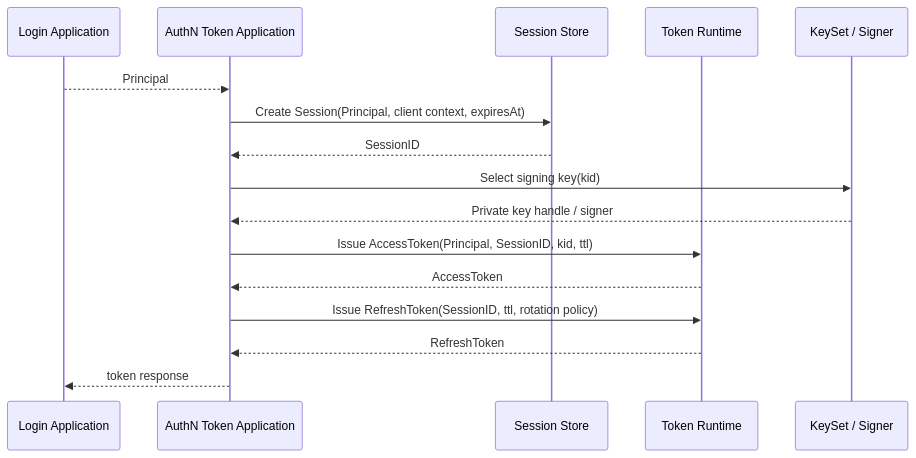
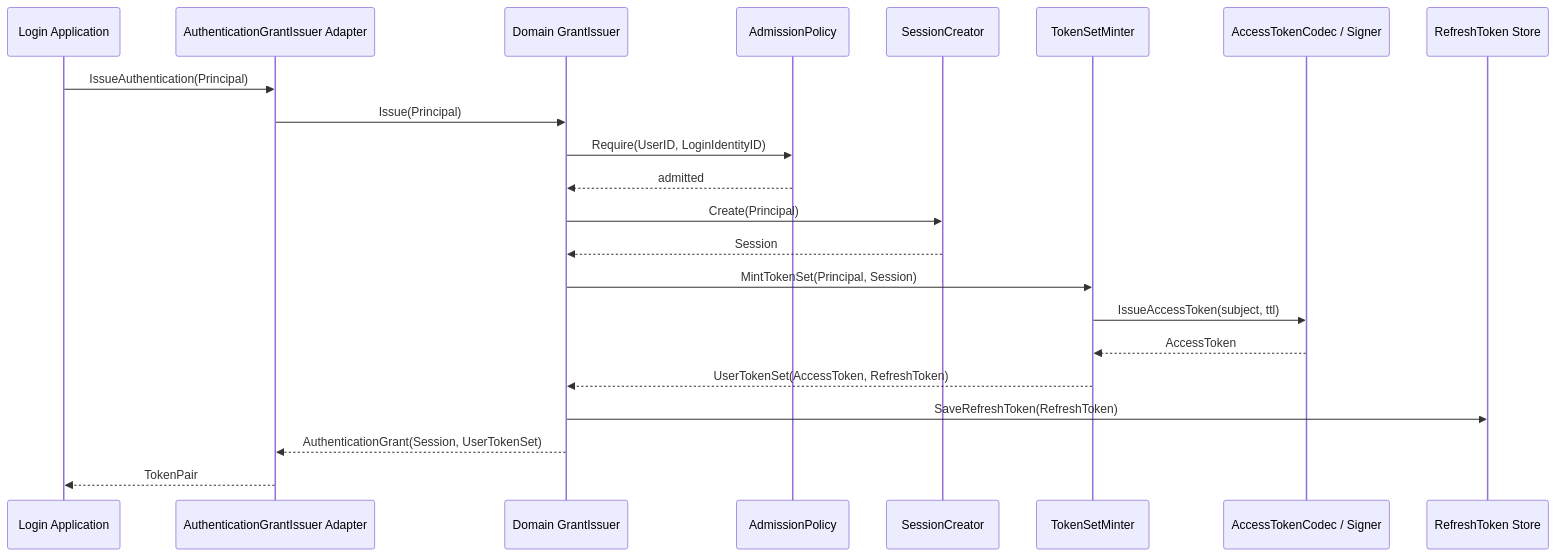
The second of 9 diagrams in docs/02-业务模块/02-AuthN/05-关键链路-Token签发刷新吊销.md (FangcunMount/iam), drawn with Mermaid before and after one commit. The commit also changed other lines of this file and 61 other files, not shown here.

Commit message:
refactor(authn): centralize authentication grant issuance

````diff
--- a/docs/02-业务模块/02-AuthN/05-关键链路-Token签发刷新吊销.md
+++ b/docs/02-业务模块/02-AuthN/05-关键链路-Token签发刷新吊销.md
@@ -194,19 +209,25 @@
 ```mermaid
 sequenceDiagram
     participant Login as Login Application
-    participant A as AuthN Token Application
-    participant SS as Session Store
-    participant TR as Token Runtime
-    participant KS as KeySet / Signer
+    participant A as AuthenticationGrantIssuer Adapter
+    participant G as Domain GrantIssuer
+    participant AP as AdmissionPolicy
+    participant SC as SessionCreator
+    participant TM as TokenSetMinter
+    participant C as AccessTokenCodec / Signer
+    participant RS as RefreshToken Store
 
-    Login-->>A: Principal
-    A->>SS: Create Session(Principal, client context, expiresAt)
-    SS-->>A: SessionID
-    A->>KS: Select signing key(kid)
-    KS-->>A: Private key handle / signer
-    A->>TR: Issue AccessToken(Principal, SessionID, kid, ttl)
-    TR-->>A: AccessToken
-    A->>TR: Issue RefreshToken(SessionID, ttl, rotation policy)
-    TR-->>A: RefreshToken
-    A-->>Login: token response
+    Login->>A: IssueAuthentication(Principal)
+    A->>G: Issue(Principal)
+    G->>AP: Require(UserID, LoginIdentityID)
+    AP-->>G: admitted
+    G->>SC: Create(Principal)
+    SC-->>G: Session
+    G->>TM: MintTokenSet(Principal, Session)
+    TM->>C: IssueAccessToken(subject, ttl)
+    C-->>TM: AccessToken
+    TM-->>G: UserTokenSet(AccessToken, RefreshToken)
+    G->>RS: SaveRefreshToken(RefreshToken)
+    G-->>A: AuthenticationGrant(Session, UserTokenSet)
+    A-->>Login: TokenPair
 ```
````
